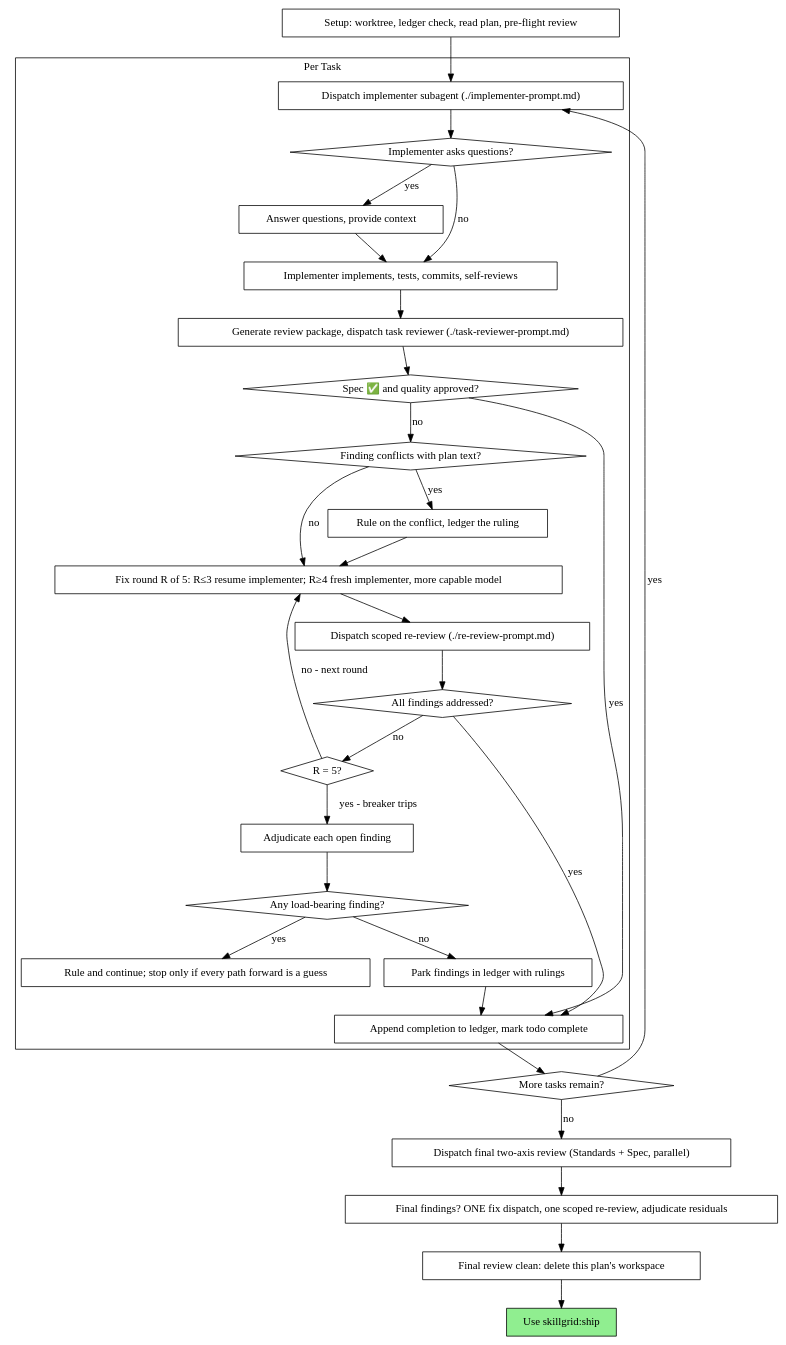
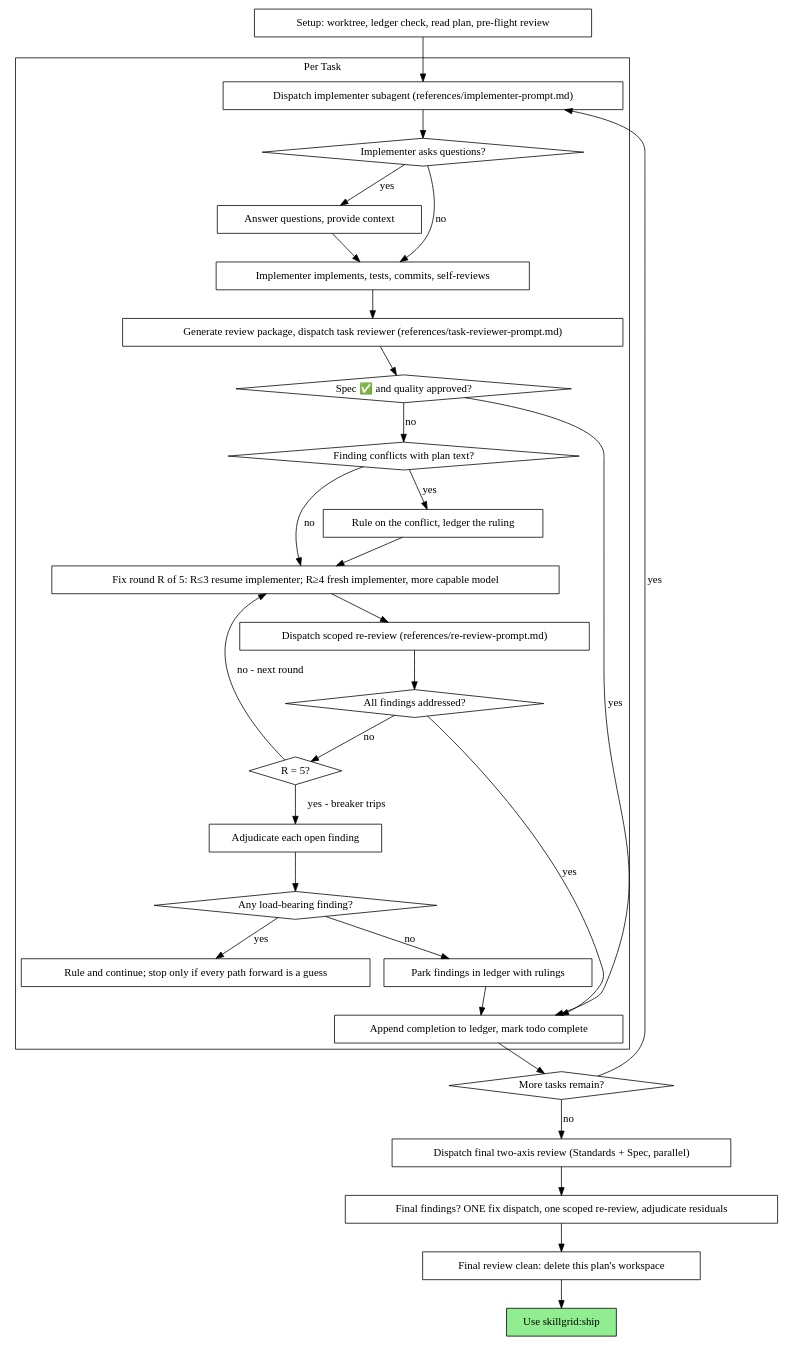
The second of 2 diagrams in .agents/skills/subagent-execution/SKILL.md (devopstales/skillgrid), drawn with Graphviz before and after one commit. The commit also changed other lines of this file and 54 other files, not shown here.

````diff
--- a/.agents/skills/subagent-execution/SKILL.md
+++ b/.agents/skills/subagent-execution/SKILL.md
@@ -74,62 +83,62 @@
 ```dot
 digraph process {
     rankdir=TB;
 
     subgraph cluster_per_task {
         label="Per Task";
-        "Dispatch implementer subagent (./implementer-prompt.md)" [shape=box];
+        "Dispatch implementer subagent (references/implementer-prompt.md)" [shape=box];
         "Implementer asks questions?" [shape=diamond];
         "Answer questions, provide context" [shape=box];
         "Implementer implements, tests, commits, self-reviews" [shape=box];
-        "Generate review package, dispatch task reviewer (./task-reviewer-prompt.md)" [shape=box];
+        "Generate review package, dispatch task reviewer (references/task-reviewer-prompt.md)" [shape=box];
         "Spec ✅ and quality approved?" [shape=diamond];
         "Finding conflicts with plan text?" [shape=diamond];
         "Rule on the conflict, ledger the ruling" [shape=box];
         "Fix round R of 5: R≤3 resume implementer; R≥4 fresh implementer, more capable model" [shape=box];
-        "Dispatch scoped re-review (./re-review-prompt.md)" [shape=box];
+        "Dispatch scoped re-review (references/re-review-prompt.md)" [shape=box];
         "All findings addressed?" [shape=diamond];
         "R = 5?" [shape=diamond];
         "Adjudicate each open finding" [shape=box];
         "Any load-bearing finding?" [shape=diamond];
         "Rule and continue; stop only if every path forward is a guess" [shape=box];
         "Park findings in ledger with rulings" [shape=box];
         "Append completion to ledger, mark todo complete" [shape=box];
     }
 
     "Setup: worktree, ledger check, read plan, pre-flight review" [shape=box];
     "More tasks remain?" [shape=diamond];
     "Dispatch final two-axis review (Standards + Spec, parallel)" [shape=box];
     "Final findings? ONE fix dispatch, one scoped re-review, adjudicate residuals" [shape=box];
     "Final review clean: delete this plan's workspace" [shape=box];
     "Use skillgrid:ship" [shape=box style=filled fillcolor=lightgreen];
 
-    "Setup: worktree, ledger check, read plan, pre-flight review" -> "Dispatch implementer subagent (./implementer-prompt.md)";
-    "Dispatch implementer subagent (./implementer-prompt.md)" -> "Implementer asks questions?";
+    "Setup: worktree, ledger check, read plan, pre-flight review" -> "Dispatch implementer subagent (references/implementer-prompt.md)";
+    "Dispatch implementer subagent (references/implementer-prompt.md)" -> "Implementer asks questions?";
     "Implementer asks questions?" -> "Answer questions, provide context" [label="yes"];
     "Answer questions, provide context" -> "Implementer implements, tests, commits, self-reviews";
     "Implementer asks questions?" -> "Implementer implements, tests, commits, self-reviews" [label="no"];
-    "Implementer implements, tests, commits, self-reviews" -> "Generate review package, dispatch task reviewer (./task-reviewer-prompt.md)";
-    "Generate review package, dispatch task reviewer (./task-reviewer-prompt.md)" -> "Spec ✅ and quality approved?";
+    "Implementer implements, tests, commits, self-reviews" -> "Generate review package, dispatch task reviewer (references/task-reviewer-prompt.md)";
+    "Generate review package, dispatch task reviewer (references/task-reviewer-prompt.md)" -> "Spec ✅ and quality approved?";
     "Spec ✅ and quality approved?" -> "Append completion to ledger, mark todo complete" [label="yes"];
     "Spec ✅ and quality approved?" -> "Finding conflicts with plan text?" [label="no"];
     "Finding conflicts with plan text?" -> "Rule on the conflict, ledger the ruling" [label="yes"];
     "Rule on the conflict, ledger the ruling" -> "Fix round R of 5: R≤3 resume implementer; R≥4 fresh implementer, more capable model";
     "Finding conflicts with plan text?" -> "Fix round R of 5: R≤3 resume implementer; R≥4 fresh implementer, more capable model" [label="no"];
-    "Fix round R of 5: R≤3 resume implementer; R≥4 fresh implementer, more capable model" -> "Dispatch scoped re-review (./re-review-prompt.md)";
-    "Dispatch scoped re-review (./re-review-prompt.md)" -> "All findings addressed?";
+    "Fix round R of 5: R≤3 resume implementer; R≥4 fresh implementer, more capable model" -> "Dispatch scoped re-review (references/re-review-prompt.md)";
+    "Dispatch scoped re-review (references/re-review-prompt.md)" -> "All findings addressed?";
     "All findings addressed?" -> "Append completion to ledger, mark todo complete" [label="yes"];
     "All findings addressed?" -> "R = 5?" [label="no"];
     "R = 5?" -> "Fix round R of 5: R≤3 resume implementer; R≥4 fresh implementer, more capable model" [label="no - next round"];
     "R = 5?" -> "Adjudicate each open finding" [label="yes - breaker trips"];
     "Adjudicate each open finding" -> "Any load-bearing finding?";
     "Any load-bearing finding?" -> "Rule and continue; stop only if every path forward is a guess" [label="yes"];
     "Any load-bearing finding?" -> "Park findings in ledger with rulings" [label="no"];
     "Park findings in ledger with rulings" -> "Append completion to ledger, mark todo complete";
     "Append completion to ledger, mark todo complete" -> "More tasks remain?";
-    "More tasks remain?" -> "Dispatch implementer subagent (./implementer-prompt.md)" [label="yes"];
+    "More tasks remain?" -> "Dispatch implementer subagent (references/implementer-prompt.md)" [label="yes"];
     "More tasks remain?" -> "Dispatch final two-axis review (Standards + Spec, parallel)" [label="no"];
     "Dispatch final two-axis review (Standards + Spec, parallel)" -> "Final findings? ONE fix dispatch, one scoped re-review, adjudicate residuals";
     "Final findings? ONE fix dispatch, one scoped re-review, adjudicate residuals" -> "Final review clean: delete this plan's workspace";
     "Final review clean: delete this plan's workspace" -> "Use skillgrid:ship";
 }
 ```
````
